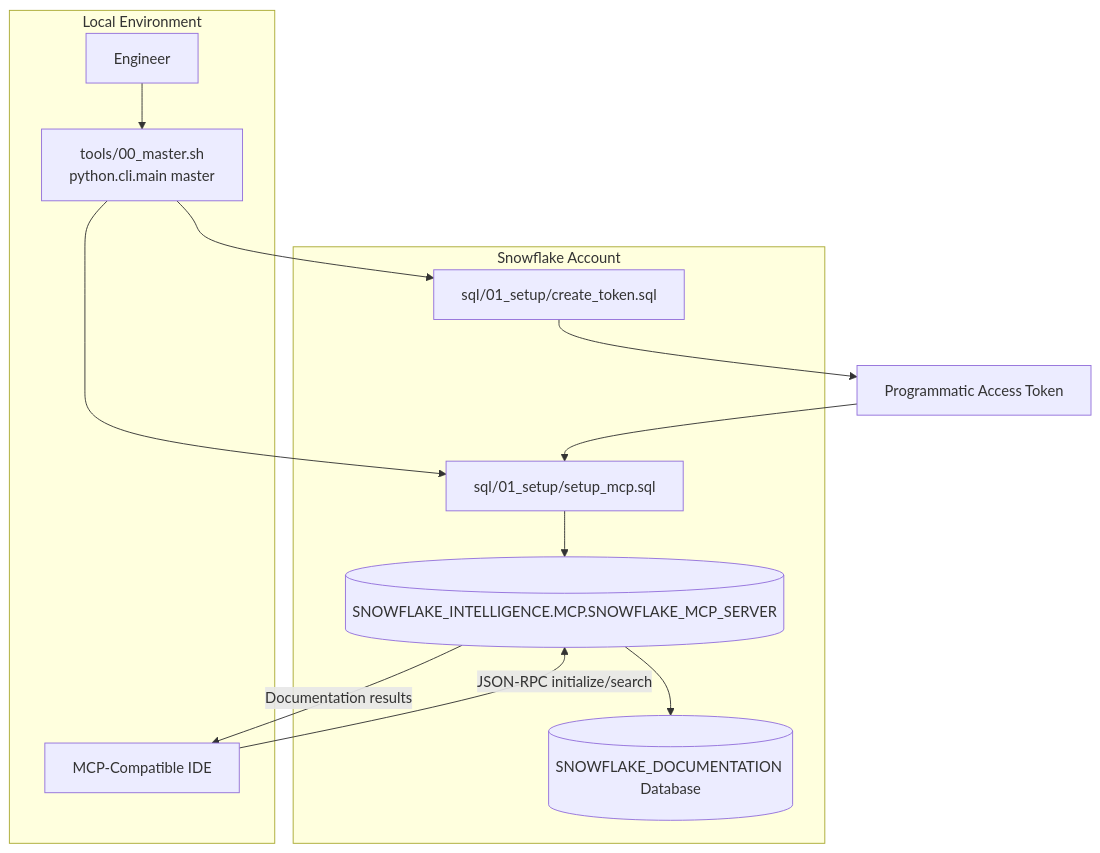
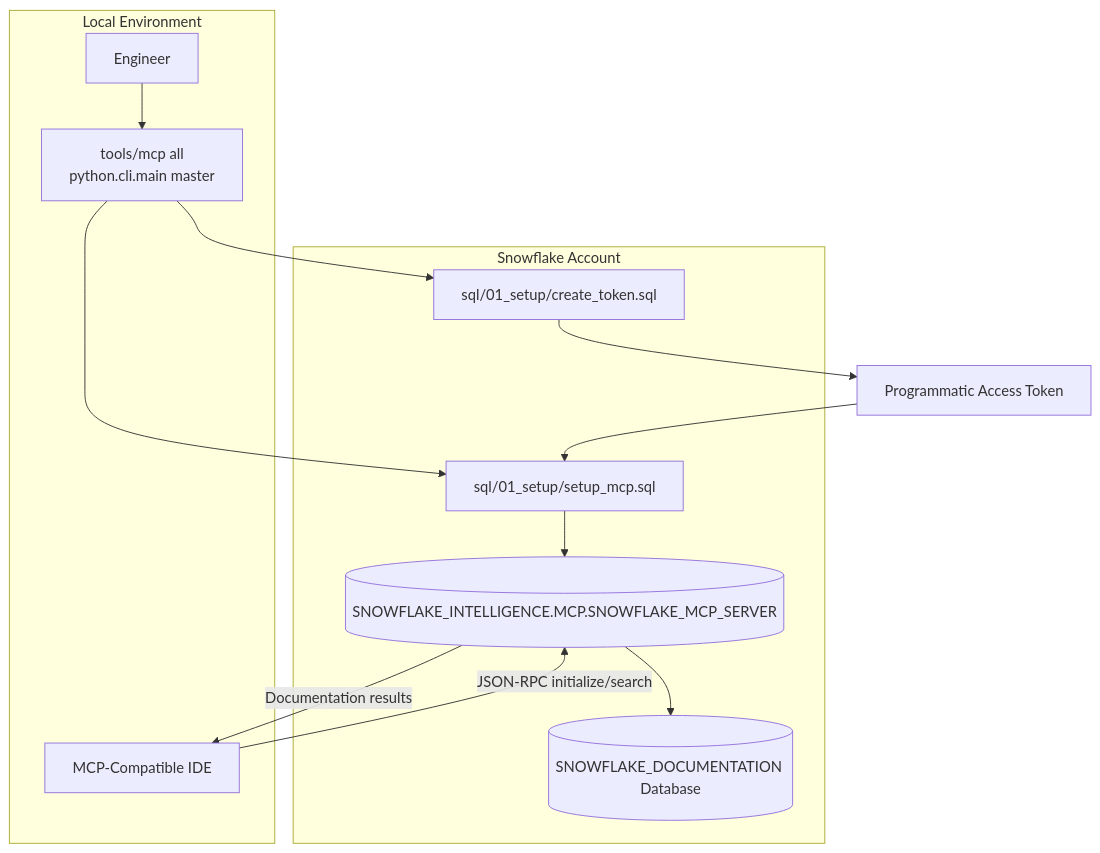
The diagram in diagrams/data-flow.md (sfc-gh-miwhitaker/mcp-snowdocs), drawn with Mermaid before and after one commit. The commit also changed other lines of this file and 21 other files, not shown here.

````diff
--- a/diagrams/data-flow.md
+++ b/diagrams/data-flow.md
@@ -23,25 +23,25 @@
 ```mermaid
 graph TB
     subgraph "Local Environment"
         user[Engineer]
-        master[tools/00_master.sh<br/>python.cli.main master]
+        master[tools/mcp all<br/>python.cli.main master]
         ide[MCP-Compatible IDE]
     end
 
     subgraph "Snowflake Account"
         ct[sql/01_setup/create_token.sql]
         sm[sql/01_setup/setup_mcp.sql]
         mcp[(SNOWFLAKE_INTELLIGENCE.MCP.SNOWFLAKE_MCP_SERVER)]
         docs[(SNOWFLAKE_DOCUMENTATION Database)]
     end
 
     user --> master
     master --> ct
     ct --> token[Programmatic Access Token]
     token --> sm
     master --> sm
     sm --> mcp
     mcp --> docs
     ide -->|JSON-RPC initialize/search| mcp
     mcp -->|Documentation results| ide
 ```
````
